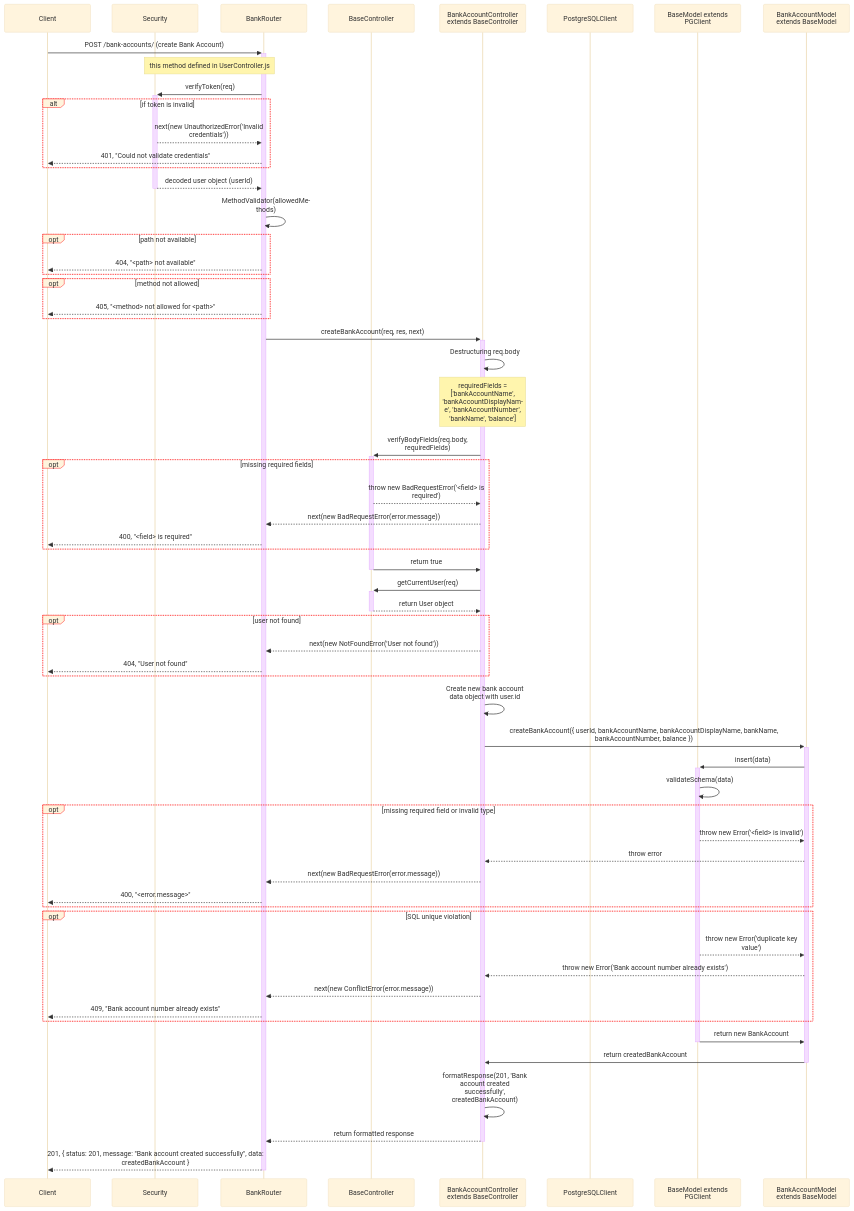
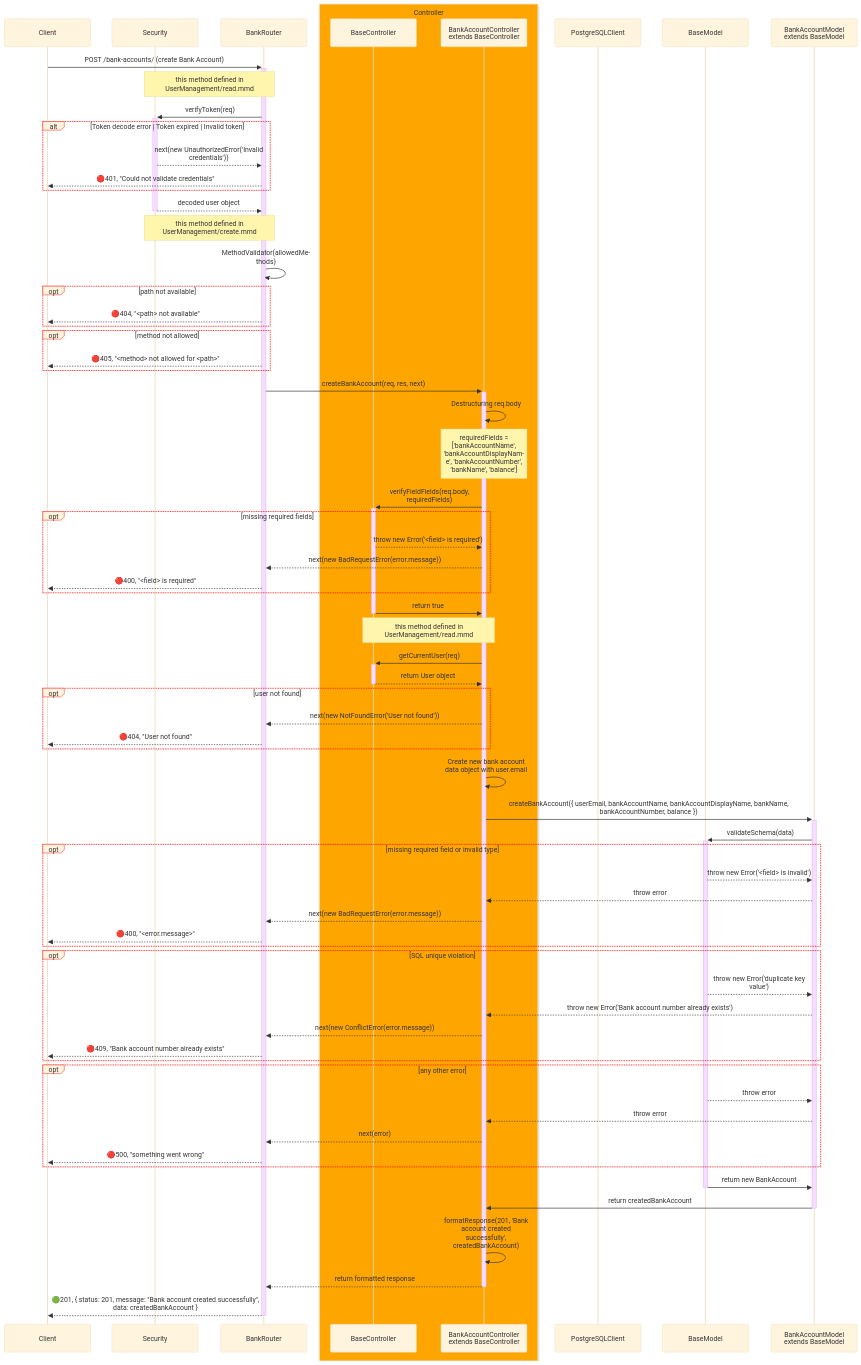
One commit to SawatKia/WealthTracking changed the diagram in design/newClassesDesign/BankAccountManagement/add.mmd. Above: the diagram before and after it, drawn with Mermaid. The commit also changed 22 other files, not shown here.

Commit message:
add transactionManagement aka Income Expense; use emoji to specify error or success response; preivew update;

```diff
--- a/design/newClassesDesign/BankAccountManagement/add.mmd
+++ b/design/newClassesDesign/BankAccountManagement/add.mmd
@@ -1,81 +1,89 @@
 %%{
     init: {
         "theme":"base",
         "themeVariables": {
             'labelBoxBorderColor': '#ff0000'
         },
         "sequence": { 
             "wrap": true, 
             "width": 200 
         } 
     }
 }%%
 sequenceDiagram
     participant Client
     participant Sec as Security
     participant Router as BankRouter
-    participant BaseCont as BaseController
-    participant Cont as BankAccountController extends BaseController
+    box orange Controller
+        participant BaseCont as BaseController
+        participant Cont as BankAccountController extends BaseController
+    end
     participant PGClient as PostgreSQLClient
-    participant BaseModel as BaseModel extends PGClient
+    participant BaseModel as BaseModel 
     participant Model as BankAccountModel extends BaseModel
 
     Client->>+Router: POST /bank-accounts/ (create Bank Account)
-    Note over Sec, Router: this method defined in UserController.js
+    Note over Sec, Router: this method defined in UserManagement/read.mmd
     Router->>+Sec: verifyToken(req)
-    alt if token is invalid
+    alt Token decode error | Token expired | Invalid token
         Sec-->>Router: next(new UnauthorizedError('Invalid credentials'))
-        Router-->>Client: 401, "Could not validate credentials"
+        Router-->>Client: 🔴401, "Could not validate credentials"
     end
-    Sec-->>-Router: decoded user object (userId)
-    
+    Sec-->>-Router: decoded user object 
+
+    Note over Sec, Router: this method defined in UserManagement/create.mmd
     Router->>Router: MethodValidator(allowedMethods)
     opt path not available
-        Router-->>Client: 404, "<path> not available"
+        Router-->>Client: 🔴404, "<path> not available"
     end
     opt method not allowed
-        Router-->>Client: 405, "<method> not allowed for <path>"
+        Router-->>Client: 🔴405, "<method> not allowed for <path>"
     end
     
     Router->>+Cont: createBankAccount(req, res, next)
     Cont->>Cont: Destructuring req.body
     Note over Cont: requiredFields = ['bankAccountName', 'bankAccountDisplayName', 'bankAccountNumber', 'bankName', 'balance']
-    Cont->>+BaseCont: verifyBodyFields(req.body, requiredFields)
+    Cont->>+BaseCont: verifyFieldFields(req.body, requiredFields)
     opt missing required fields
-        BaseCont-->>Cont: throw new BadRequestError('<field> is required')
+        BaseCont-->>Cont: throw new Error('<field> is required')
         Cont-->>Router: next(new BadRequestError(error.message))
-        Router-->>Client: 400, "<field> is required"
+        Router-->>Client: 🔴400, "<field> is required"
     end
     BaseCont->>-Cont: return true
     
+    Note over Cont, BaseCont: this method defined in UserManagement/read.mmd
     Cont->>+BaseCont: getCurrentUser(req)
     BaseCont-->>-Cont: return User object
     opt user not found
         Cont-->>Router: next(new NotFoundError('User not found'))
-        Router-->>Client: 404, "User not found"
+        Router-->>Client: 🔴404, "User not found"
     end
     
-    Cont->>Cont: Create new bank account data object with user.id
-    Cont->>+Model: createBankAccount({ userId, bankAccountName, bankAccountDisplayName, bankName, bankAccountNumber, balance })
-    Model->>+BaseModel: insert(data) 
-    BaseModel->>BaseModel: validateSchema(data)
+    Cont->>Cont: Create new bank account data object with user.email
+    Cont->>+Model: createBankAccount({ userEmail, bankAccountName, bankAccountDisplayName, bankName, bankAccountNumber, balance })
+    Model->>+BaseModel: validateSchema(data) 
     
     opt missing required field or invalid type
         BaseModel-->>Model: throw new Error('<field> is invalid')
         Model-->>Cont: throw error
         Cont-->>Router: next(new BadRequestError(error.message))
-        Router-->>Client: 400, "<error.message>"
+        Router-->>Client: 🔴400, "<error.message>"
     end
-    
     opt SQL unique violation
         BaseModel-->>Model: throw new Error('duplicate key value')
         Model-->>Cont: throw new Error('Bank account number already exists')
         Cont-->>Router: next(new ConflictError(error.message))
-        Router-->>Client: 409, "Bank account number already exists"
+        Router-->>Client: 🔴409, "Bank account number already exists"
     end
-    
+    opt any other error
+       BaseModel-->>Model: throw error
+       Model-->>Cont: throw error
+       Cont-->>Router: next(error)
+       Router-->>Client: 🔴500, "something went wrong"
+    end
+
     BaseModel->>-Model: return new BankAccount
     Model->>-Cont: return createdBankAccount
     Cont->>Cont: formatResponse(201, 'Bank account created successfully', createdBankAccount)
     Cont-->>-Router: return formatted response
-    Router-->>-Client: 201, { status: 201, message: "Bank account created successfully", data: createdBankAccount }
+    Router-->>-Client: 🟢201, { status: 201, message: "Bank account created successfully", data: createdBankAccount }
```
